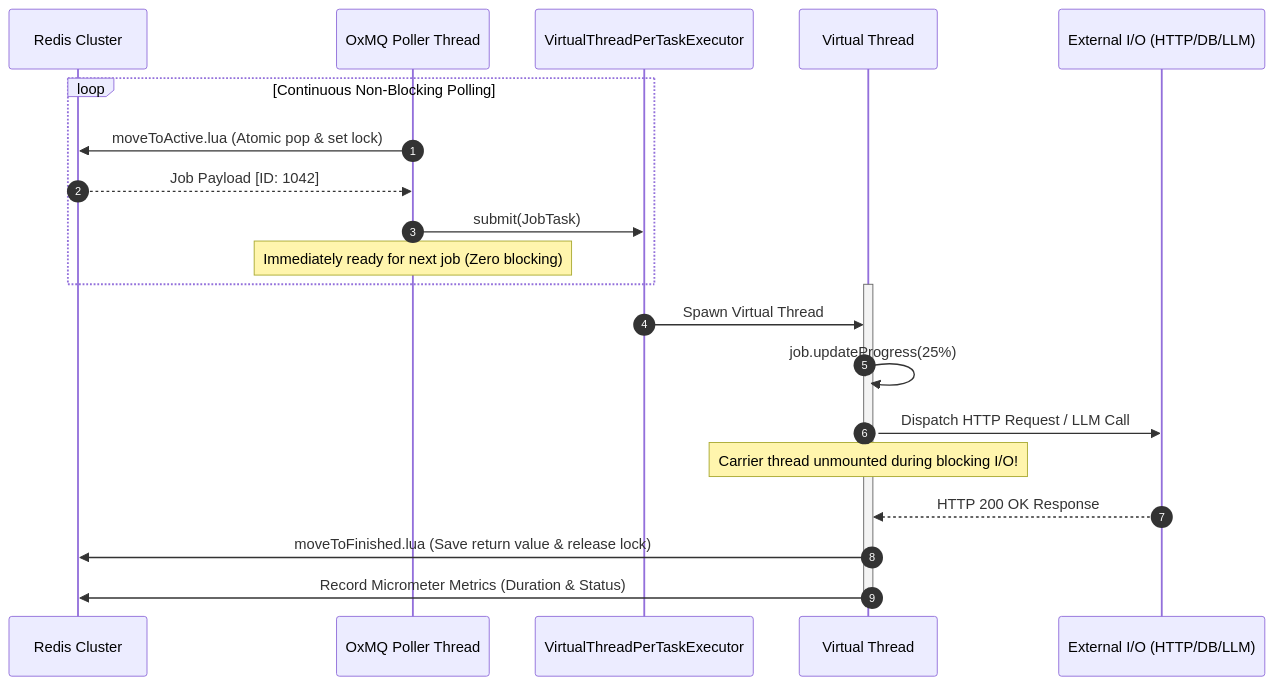
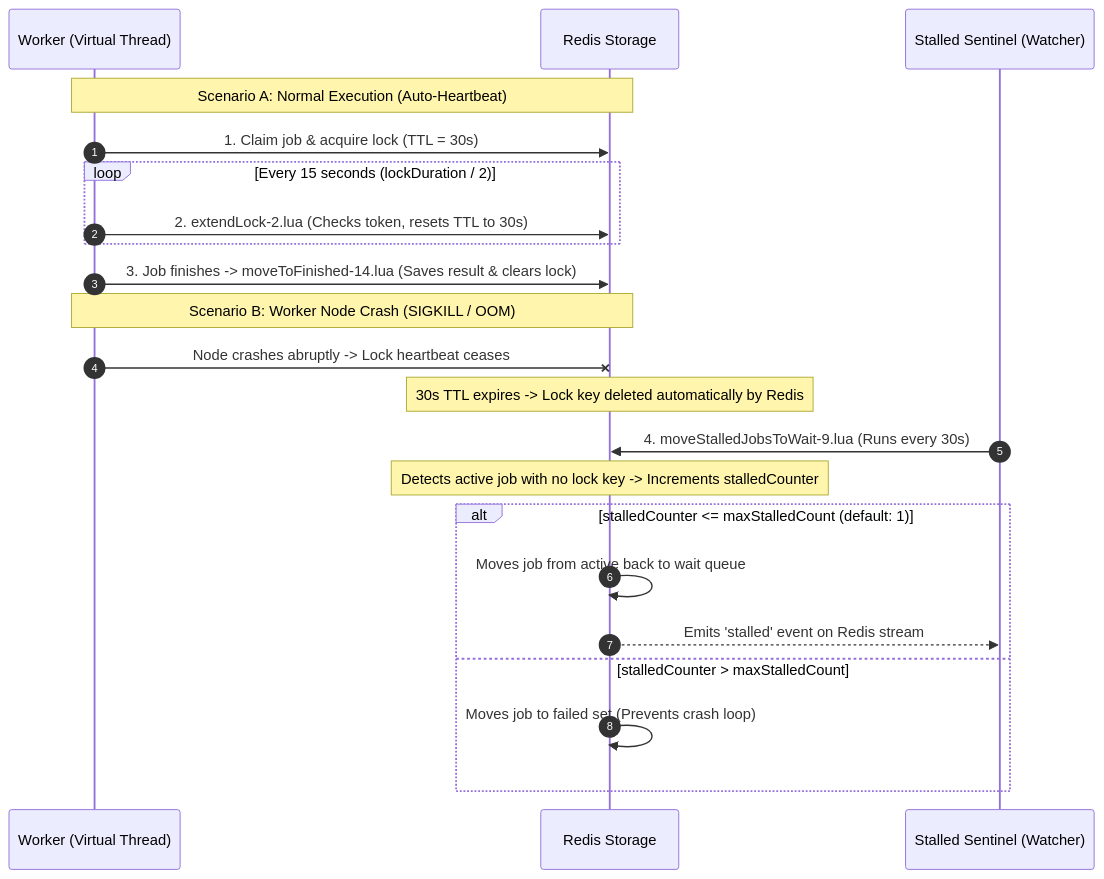
The second of 6 diagrams in docs/ARCHITECTURE.md (gaurav10610/oxmq), drawn with Mermaid before and after one commit. The commit also changed other lines of this file and 10 other files, not shown here.

````diff
--- a/docs/ARCHITECTURE.md
+++ b/docs/ARCHITECTURE.md
@@ -139,26 +95,26 @@
 ```mermaid
 sequenceDiagram
     autonumber
-    participant Redis as Redis Cluster
-    participant Poller as OxMQ Poller Thread
-    participant Loom as VirtualThreadPerTaskExecutor
-    participant Worker as Virtual Thread #N
-    participant IO as External I/O (HTTP/DB/LLM)
+    participant Worker as Worker (Virtual Thread)
+    participant Redis as Redis Storage
+    participant Sentinel as Stalled Sentinel (Watcher)
 
-    loop Continuous Non-Blocking Polling
-        Poller->>Redis: moveToActive.lua (Atomic pop & set lock)
-        Redis-->>Poller: Job Payload [ID: 1042]
-        Poller->>Loom: submit(JobTask)
-        Note over Poller: Immediately ready for next job (Zero blocking)
+    Note over Worker,Redis: Scenario A: Normal Execution (Auto-Heartbeat)
+    Worker->>Redis: 1. Claim job & acquire lock (TTL = 30s)
+    loop Every 15 seconds (lockDuration / 2)
+        Worker->>Redis: 2. extendLock-2.lua (Checks token, resets TTL to 30s)
     end
+    Worker->>Redis: 3. Job finishes -> moveToFinished-14.lua (Saves result & clears lock)
 
-    activate Worker
-    Loom->>Worker: Spawn Virtual Thread
-    Worker->>Worker: job.updateProgress(25%)
-    Worker->>IO: Dispatch HTTP Request / LLM Call
-    Note over Worker: Carrier thread unmounted during blocking I/O!
-    IO-->>Worker: HTTP 200 OK Response
-    Worker->>Redis: moveToFinished.lua (Save return value & release lock)
-    Worker->>Redis: Record Micrometer Metrics (Duration & Status)
-    deactivate Worker
+    Note over Worker,Redis: Scenario B: Worker Node Crash (SIGKILL / OOM)
+    Worker-xRedis: Node crashes abruptly -> Lock heartbeat ceases
+    Note over Redis: 30s TTL expires -> Lock key deleted automatically by Redis
+    Sentinel->>Redis: 4. moveStalledJobsToWait-9.lua (Runs every 30s)
+    Note over Redis: Detects active job with no lock key -> Increments stalledCounter
+    alt stalledCounter <= maxStalledCount (default: 1)
+        Redis->>Redis: Moves job from active back to wait queue
+        Redis-->>Sentinel: Emits 'stalled' event on Redis stream
+    else stalledCounter > maxStalledCount
+        Redis->>Redis: Moves job to failed set (Prevents crash loop)
+    end
 ```
````
